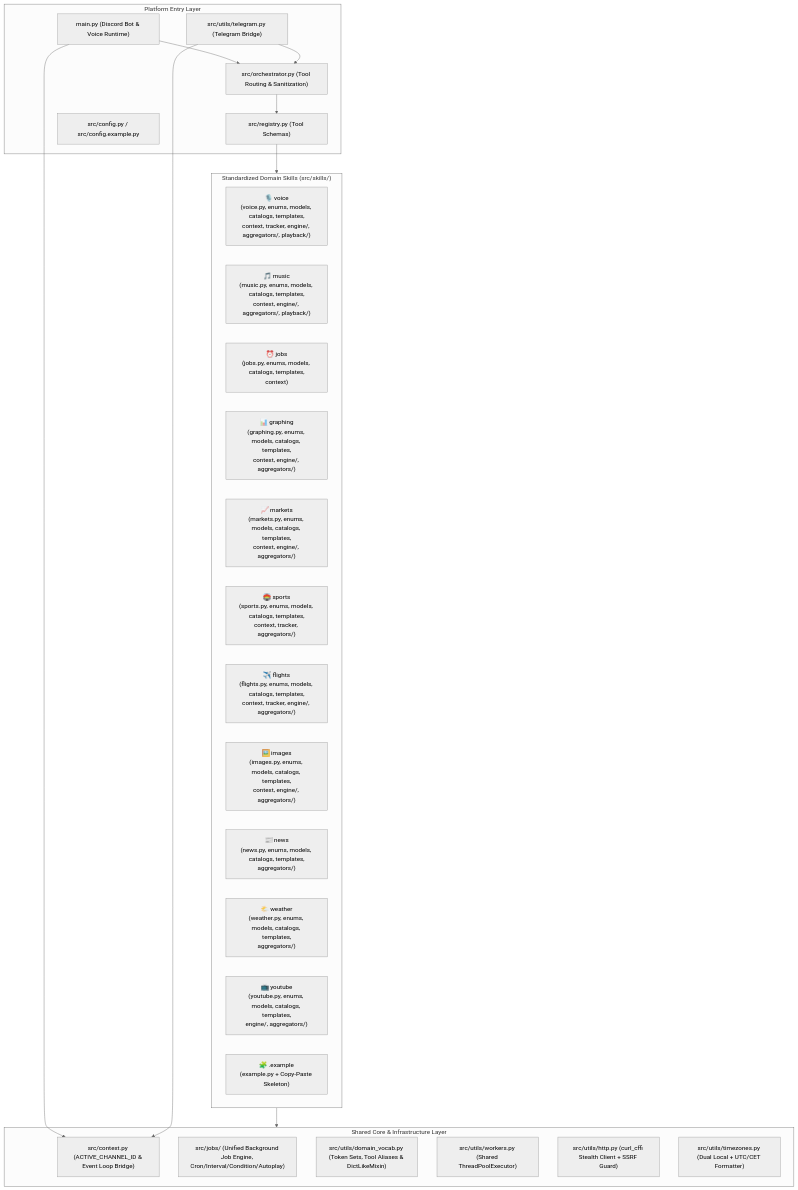
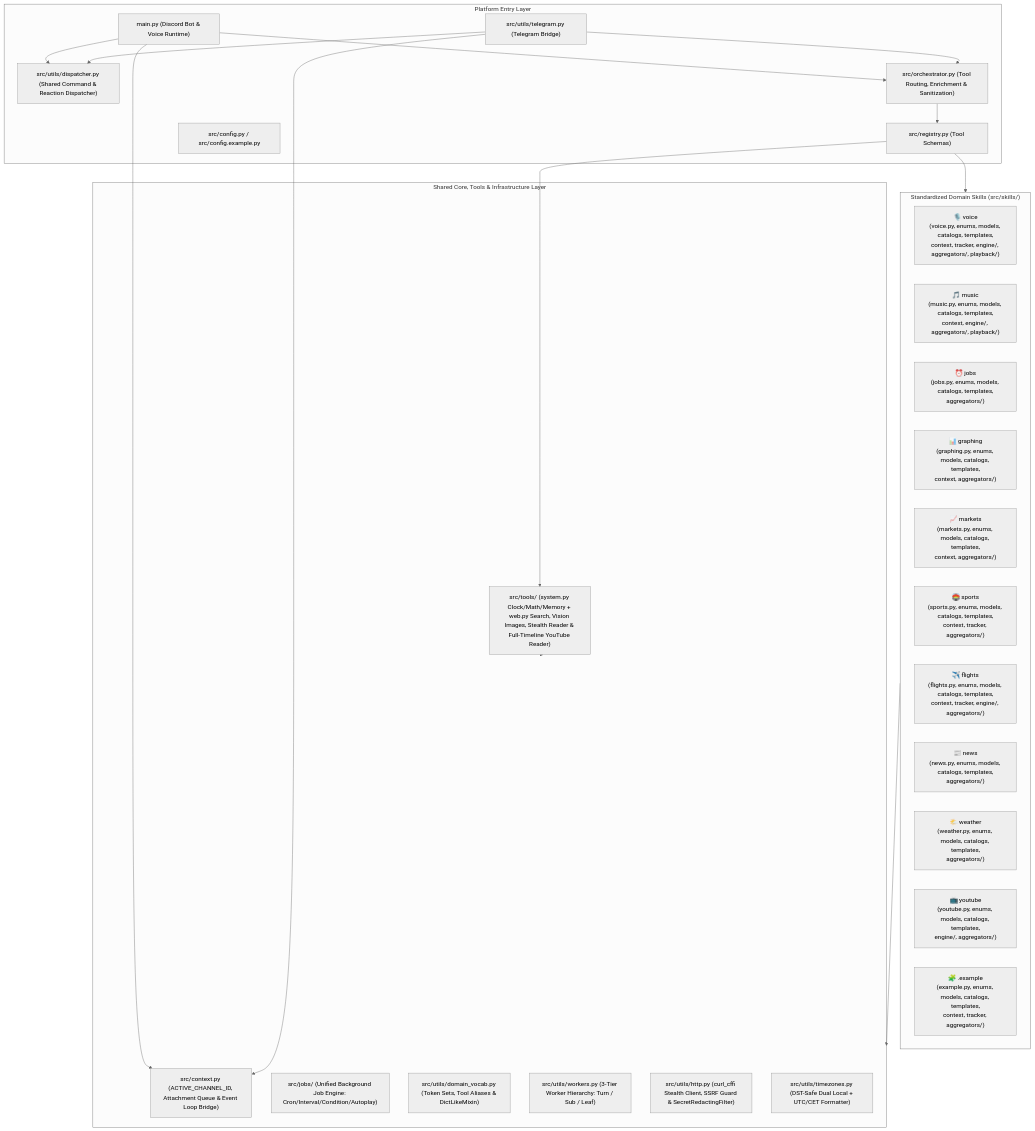
Before and after one commit to ElvisHalil/discord-bot: the diagram in README.md, drawn with Mermaid (neutral theme). The commit also changed other lines of this file and 6 other files, not shown here.

````diff
--- a/README.md
+++ b/README.md
@@ -29,42 +29,47 @@
 ```mermaid
 flowchart TD
     subgraph Entry["Platform Entry Layer"]
         MAIN["main.py (Discord Bot & Voice Runtime)"]
         TG["src/utils/telegram.py (Telegram Bridge)"]
-        ORCH["src/orchestrator.py (Tool Routing & Sanitization)"]
+        DISP["src/utils/dispatcher.py (Shared Command & Reaction Dispatcher)"]
+        ORCH["src/orchestrator.py (Tool Routing, Enrichment & Sanitization)"]
         REG["src/registry.py (Tool Schemas)"]
         CFG["src/config.py / src/config.example.py"]
     end
 
-    subgraph Core["Shared Core & Infrastructure Layer"]
-        CTX["src/context.py (ACTIVE_CHANNEL_ID & Event Loop Bridge)"]
-        JOB["src/jobs/ (Unified Background Job Engine, Cron/Interval/Condition/Autoplay)"]
+    subgraph Core["Shared Core, Tools & Infrastructure Layer"]
+        CTX["src/context.py (ACTIVE_CHANNEL_ID, Attachment Queue & Event Loop Bridge)"]
+        JOB["src/jobs/ (Unified Background Job Engine: Cron/Interval/Condition/Autoplay)"]
+        TLS["src/tools/ (system.py Clock/Math/Memory + web.py Search, Vision Images, Stealth Reader & Full-Timeline YouTube Reader)"]
         VOCAB["src/utils/domain_vocab.py (Token Sets, Tool Aliases & DictLikeMixin)"]
-        WRK["src/utils/workers.py (Shared ThreadPoolExecutor)"]
-        HTTP["src/utils/http.py (curl_cffi Stealth Client + SSRF Guard)"]
-        TZ["src/utils/timezones.py (Dual Local + UTC/CET Formatter)"]
+        WRK["src/utils/workers.py (3-Tier Worker Hierarchy: Turn / Sub / Leaf)"]
+        HTTP["src/utils/http.py (curl_cffi Stealth Client, SSRF Guard & SecretRedactingFilter)"]
+        TZ["src/utils/timezones.py (DST-Safe Dual Local + UTC/CET Formatter)"]
     end
 
     subgraph Skills["Standardized Domain Skills (src/skills/)"]
         VCE["🎙️ voice\n(voice.py, enums, models, catalogs, templates,\ncontext, tracker, engine/, aggregators/, playback/)"]
         MUS["🎵 music\n(music.py, enums, models, catalogs, templates,\ncontext, engine/, aggregators/, playback/)"]
-        JBS["⏰ jobs\n(jobs.py, enums, models, catalogs, templates,\ncontext)"]
-        GRP["📊 graphing\n(graphing.py, enums, models, catalogs, templates,\ncontext, engine/, aggregators/)"]
-        MKT["📈 markets\n(markets.py, enums, models, catalogs, templates,\ncontext, engine/, aggregators/)"]
+        JBS["⏰ jobs\n(jobs.py, enums, models, catalogs, templates,\naggregators/)"]
+        GRP["📊 graphing\n(graphing.py, enums, models, catalogs, templates,\ncontext, aggregators/)"]
+        MKT["📈 markets\n(markets.py, enums, models, catalogs, templates,\ncontext, aggregators/)"]
         SPT["🏟️ sports\n(sports.py, enums, models, catalogs, templates,\ncontext, tracker, aggregators/)"]
         FLT["✈️ flights\n(flights.py, enums, models, catalogs, templates,\ncontext, tracker, engine/, aggregators/)"]
-        IMG["🖼️ images\n(images.py, enums, models, catalogs, templates,\ncontext, engine/, aggregators/)"]
         NWS["📰 news\n(news.py, enums, models, catalogs, templates,\naggregators/)"]
         WTH["🌤️ weather\n(weather.py, enums, models, catalogs, templates,\naggregators/)"]
         YT["📺 youtube\n(youtube.py, enums, models, catalogs, templates,\nengine/, aggregators/)"]
-        EX["🧩 .example\n(example.py + Copy-Paste Skeleton)"]
+        EX["🧩 .example\n(example.py, enums, models, catalogs, templates,\ncontext, tracker, aggregators/)"]
     end
 
+    MAIN --> DISP
+    TG --> DISP
     MAIN --> ORCH
     TG --> ORCH
     MAIN --> CTX
     TG --> CTX
     ORCH --> REG
+    REG --> TLS
     REG --> Skills
     Skills --> Core
+    TLS --> Core
 ```
````
